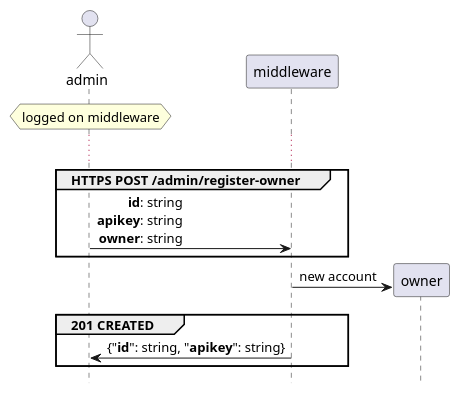
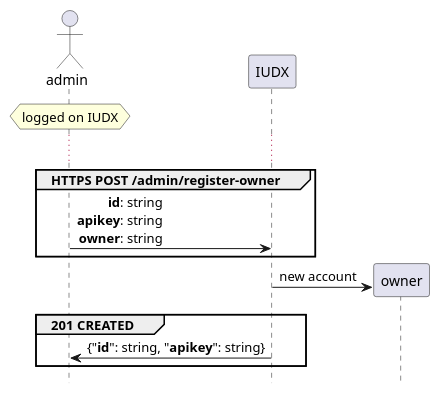
Before and after one commit to rbccps-iisc/corinthian: the diagram in DOCS/register-owner.plantuml, drawn with PlantUML. The commit also changed 7 other files, not shown here.

Commit message:
[skip travis] rename middleware with IUDX

```diff
--- a/DOCS/register-owner.plantuml
+++ b/DOCS/register-owner.plantuml
@@ -1,18 +1,18 @@
 actor admin
 hide footbox
 
-hnote over admin : logged on middleware 
+hnote over admin : logged on IUDX 
 ...
 
 group HTTPS POST /admin/register-owner
-admin -> middleware: **id**: string\r**apikey**: string\r**owner**: string
+admin -> IUDX: **id**: string\r**apikey**: string\r**owner**: string
 end
 
 create owner
-middleware -> owner : new account
+IUDX -> owner : new account
 
 group 201 CREATED
-middleware -> admin: {"**id**": string, "**apikey**": string}
+IUDX -> admin: {"**id**": string, "**apikey**": string}
 end
 
 @enduml
```
